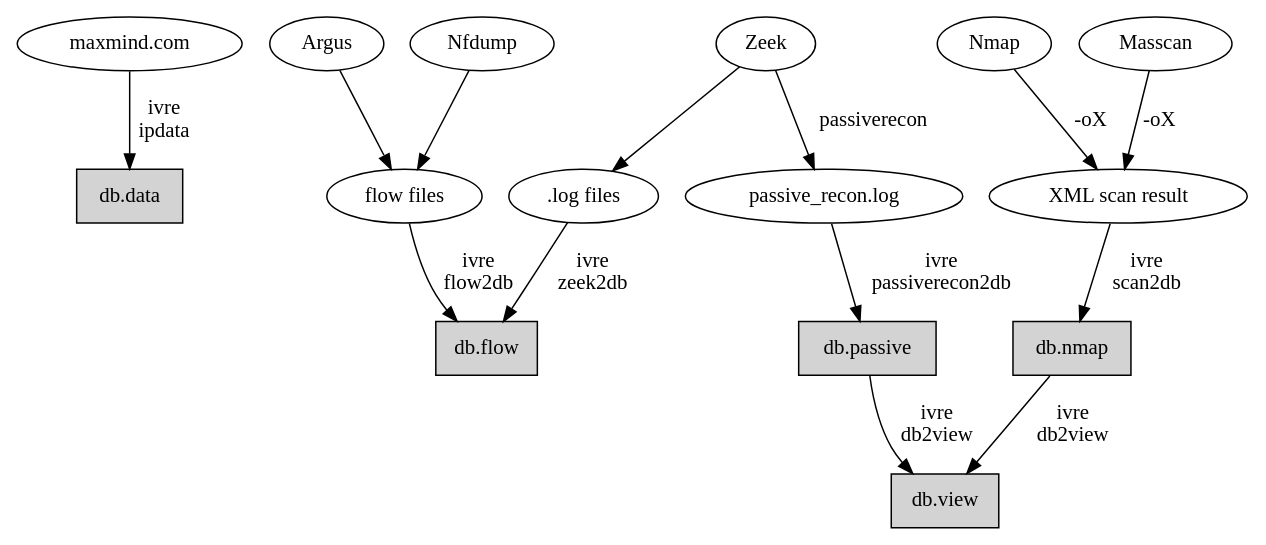
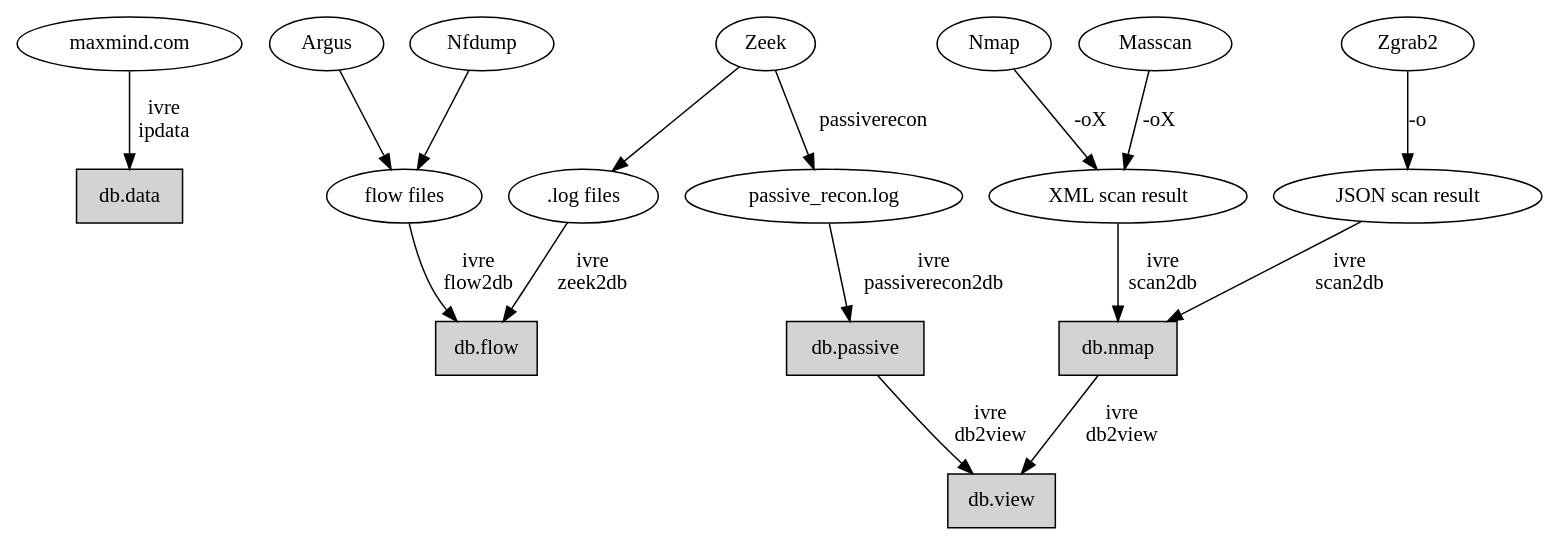
The first of 3 diagrams in doc/overview/principles.rst (ivre/ivre), drawn with Graphviz before and after one commit. The commit also changed other lines of this file and 27 other files, not shown here.

```diff
--- a/doc/overview/principles.rst
+++ b/doc/overview/principles.rst
@@ -69,27 +69,30 @@
 .. graphviz::
 
    digraph {
       "maxmind.com";
       FLOWS [label="flow files"];
       FLOW_LOG [label=".log files"];
       PASS_LOG [label="passive_recon.log"];
       XML [label="XML scan result"];
+      JSON [label="JSON scan result"];
       db_data [label="db.data" shape="box" style="filled"];
       db_flow [label="db.flow" shape="box" style="filled"];
       db_passive [label="db.passive" shape="box" style="filled"];
       db_nmap [label="db.nmap" shape="box" style="filled"];
       db_view [label="db.view" shape="box" style="filled"];
       "maxmind.com" -> db_data [label="ivre\nipdata"];
       "Argus" -> FLOWS;
       "Nfdump" -> FLOWS;
       "Zeek" -> FLOW_LOG;
       "Zeek" -> PASS_LOG [label="passiverecon"];
       FLOWS -> db_flow [label="ivre\nflow2db"];
       "Nmap" -> XML [label="-oX"];
       "Masscan" -> XML [label="-oX"];
+      "Zgrab2" -> JSON [label="-o"];
       FLOW_LOG -> db_flow [label="ivre\nzeek2db"];
       PASS_LOG -> db_passive [label="ivre\npassiverecon2db"];
       XML -> db_nmap [label="ivre\nscan2db"];
+      JSON -> db_nmap [label="ivre\nscan2db"];
       db_passive -> db_view [label="ivre\ndb2view"];
       db_nmap -> db_view [label="ivre\ndb2view"];
    }
```
